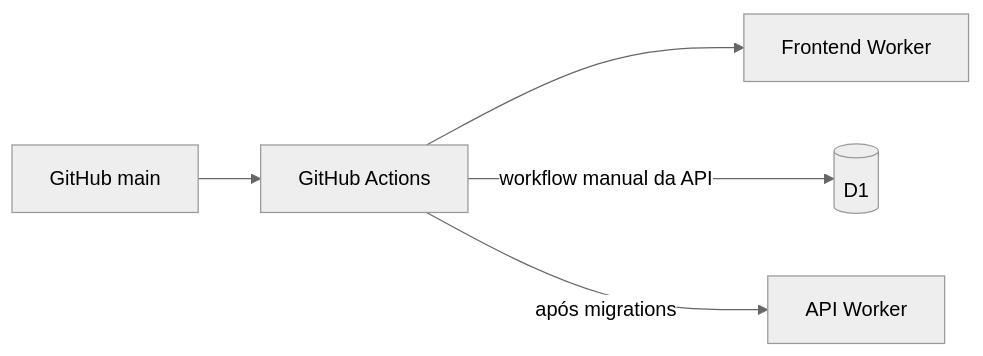
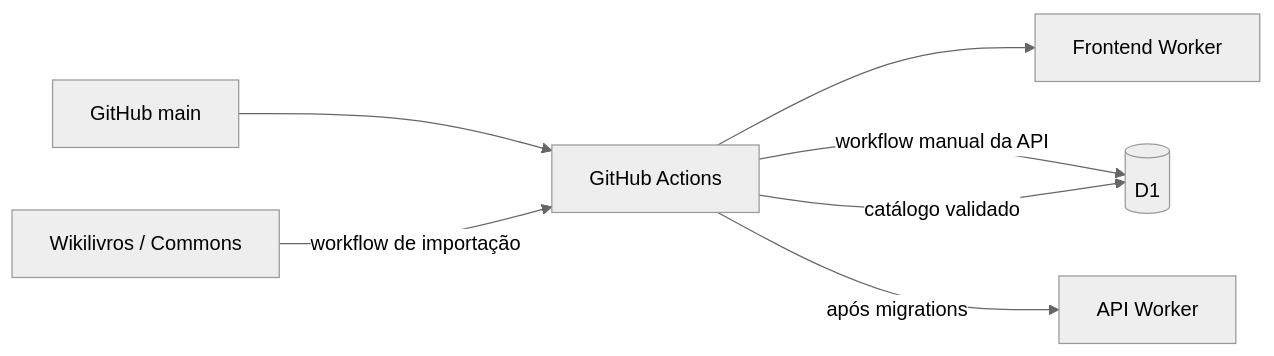
Before and after one commit to pitado/receitando: the third of 3 diagrams in docs/architecture.md, drawn with Mermaid (neutral theme). The commit also changed other lines of this file, not shown here.

Commit message:
docs: atualiza arquitetura do catálogo

````diff
--- a/docs/architecture.md
+++ b/docs/architecture.md
@@ -146,13 +153,16 @@
 ```mermaid
 flowchart LR
     G[GitHub main]
     CI[GitHub Actions]
     FW[Frontend Worker]
     AW[API Worker]
     D1[(D1)]
+    WM[Wikilivros / Commons]
 
     G --> CI
     CI --> FW
     CI -->|workflow manual da API| D1
     CI -->|após migrations| AW
+    WM -->|workflow de importação| CI
+    CI -->|catálogo validado| D1
 ```
````
